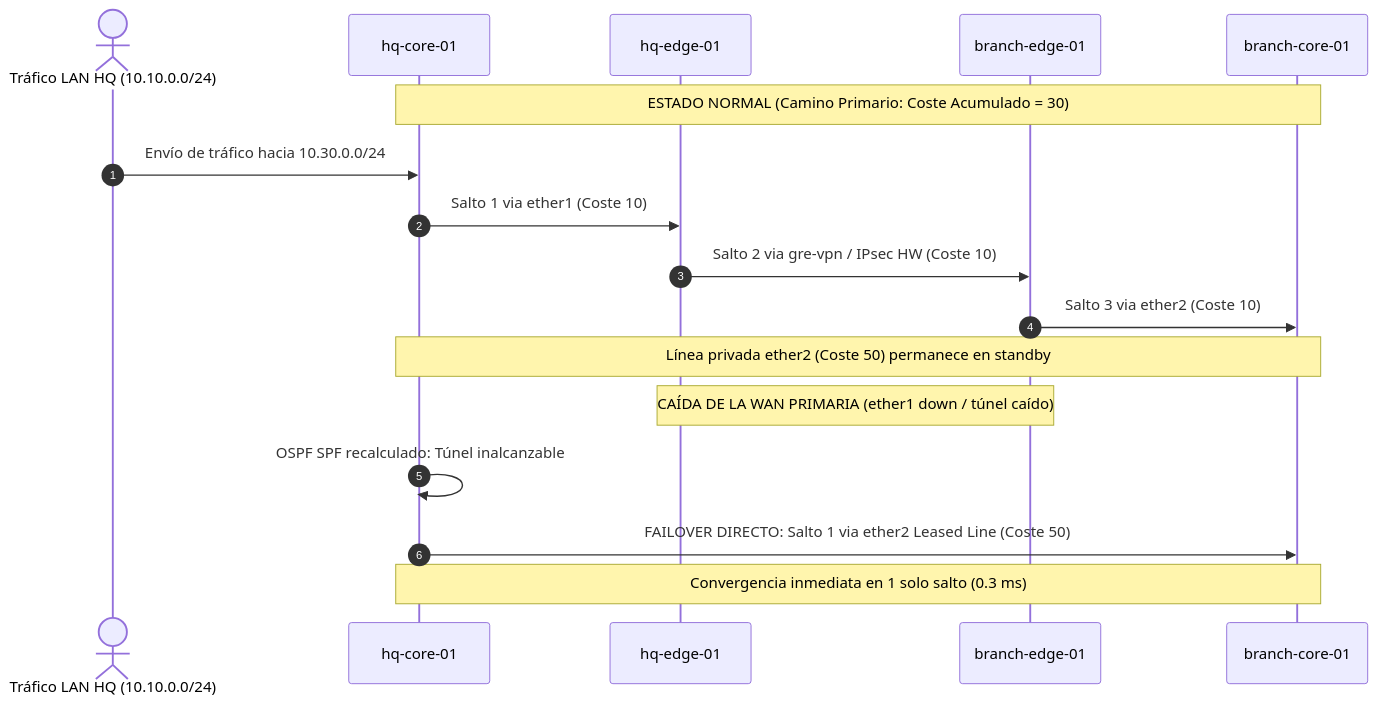
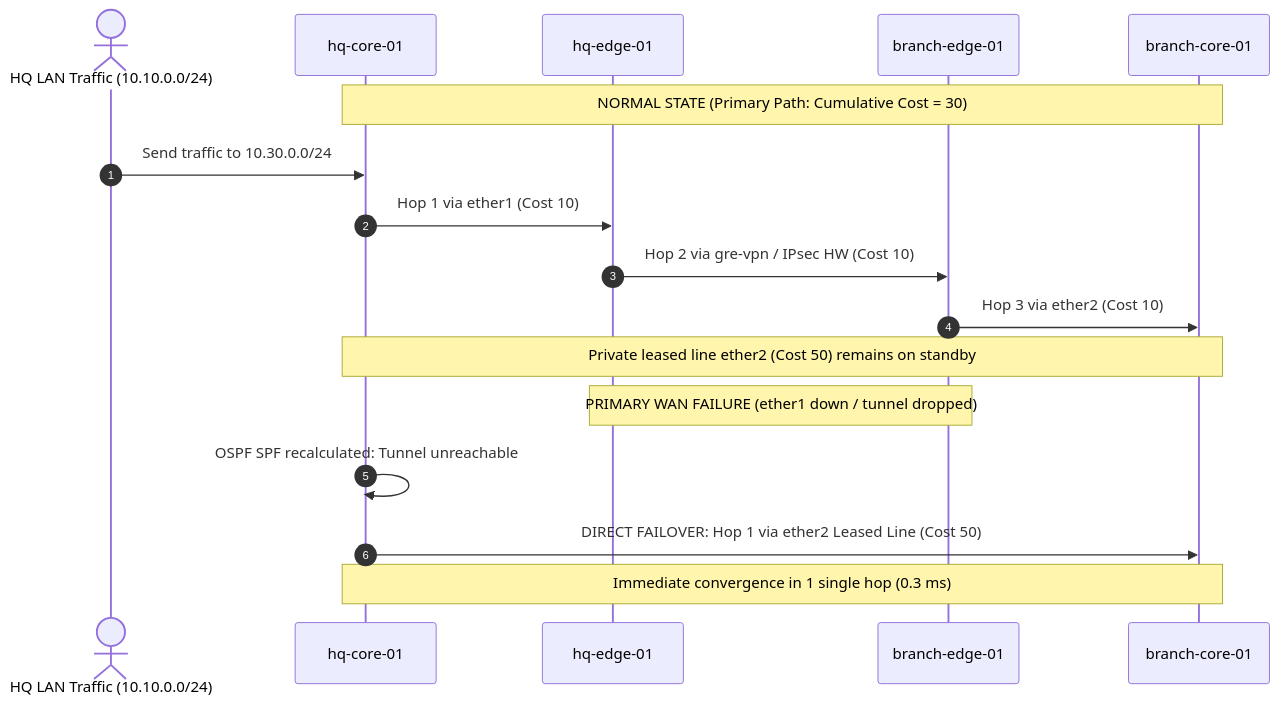
The second of 2 diagrams in README.md (rsessa/Laboratorio-Redes), drawn with Mermaid before and after one commit. The commit also changed other lines of this file, not shown here.

````diff
--- a/README.md
+++ b/README.md
@@ -170,22 +92,22 @@
 ```mermaid
 sequenceDiagram
     autonumber
-    actor Client as Tráfico LAN HQ (10.10.0.0/24)
+    actor Client as HQ LAN Traffic (10.10.0.0/24)
     participant HQ_C as hq-core-01
     participant HQ_E as hq-edge-01
     participant BR_E as branch-edge-01
     participant BR_C as branch-core-01
 
-    Note over HQ_C,BR_C: ESTADO NORMAL (Camino Primario: Coste Acumulado = 30)
-    Client->>HQ_C: Envío de tráfico hacia 10.30.0.0/24
-    HQ_C->>HQ_E: Salto 1 via ether1 (Coste 10)
-    HQ_E->>BR_E: Salto 2 via gre-vpn / IPsec HW (Coste 10)
-    BR_E->>BR_C: Salto 3 via ether2 (Coste 10)
-    Note over HQ_C,BR_C: Línea privada ether2 (Coste 50) permanece en standby
+    Note over HQ_C,BR_C: NORMAL STATE (Primary Path: Cumulative Cost = 30)
+    Client->>HQ_C: Send traffic to 10.30.0.0/24
+    HQ_C->>HQ_E: Hop 1 via ether1 (Cost 10)
+    HQ_E->>BR_E: Hop 2 via gre-vpn / IPsec HW (Cost 10)
+    BR_E->>BR_C: Hop 3 via ether2 (Cost 10)
+    Note over HQ_C,BR_C: Private leased line ether2 (Cost 50) remains on standby
 
-    Note over HQ_E,BR_E: CAÍDA DE LA WAN PRIMARIA (ether1 down / túnel caído)
-    HQ_C->>HQ_C: OSPF SPF recalculado: Túnel inalcanzable
-    HQ_C->>BR_C: FAILOVER DIRECTO: Salto 1 via ether2 Leased Line (Coste 50)
-    Note over HQ_C,BR_C: Convergencia inmediata en 1 solo salto (0.3 ms)
+    Note over HQ_E,BR_E: PRIMARY WAN FAILURE (ether1 down / tunnel dropped)
+    HQ_C->>HQ_C: OSPF SPF recalculated: Tunnel unreachable
+    HQ_C->>BR_C: DIRECT FAILOVER: Hop 1 via ether2 Leased Line (Cost 50)
+    Note over HQ_C,BR_C: Immediate convergence in 1 single hop (0.3 ms)
 
 ```
````
